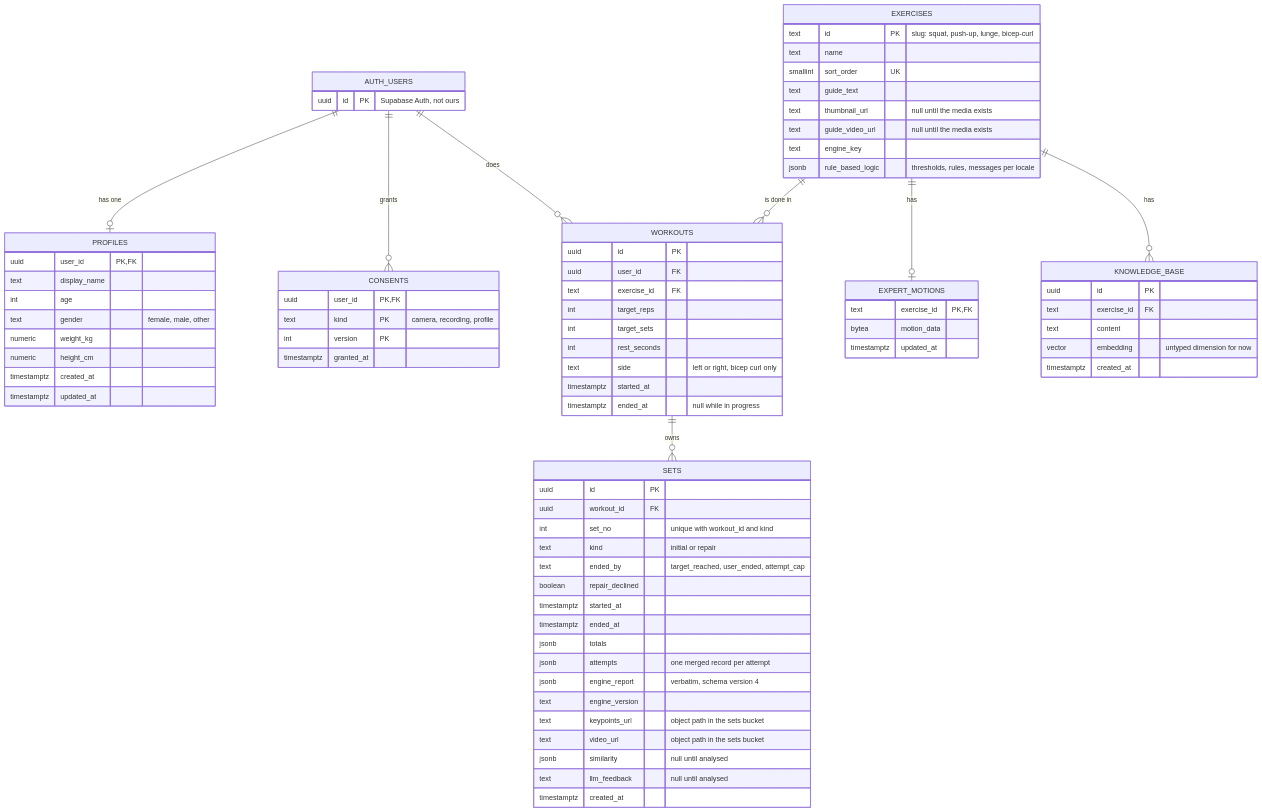
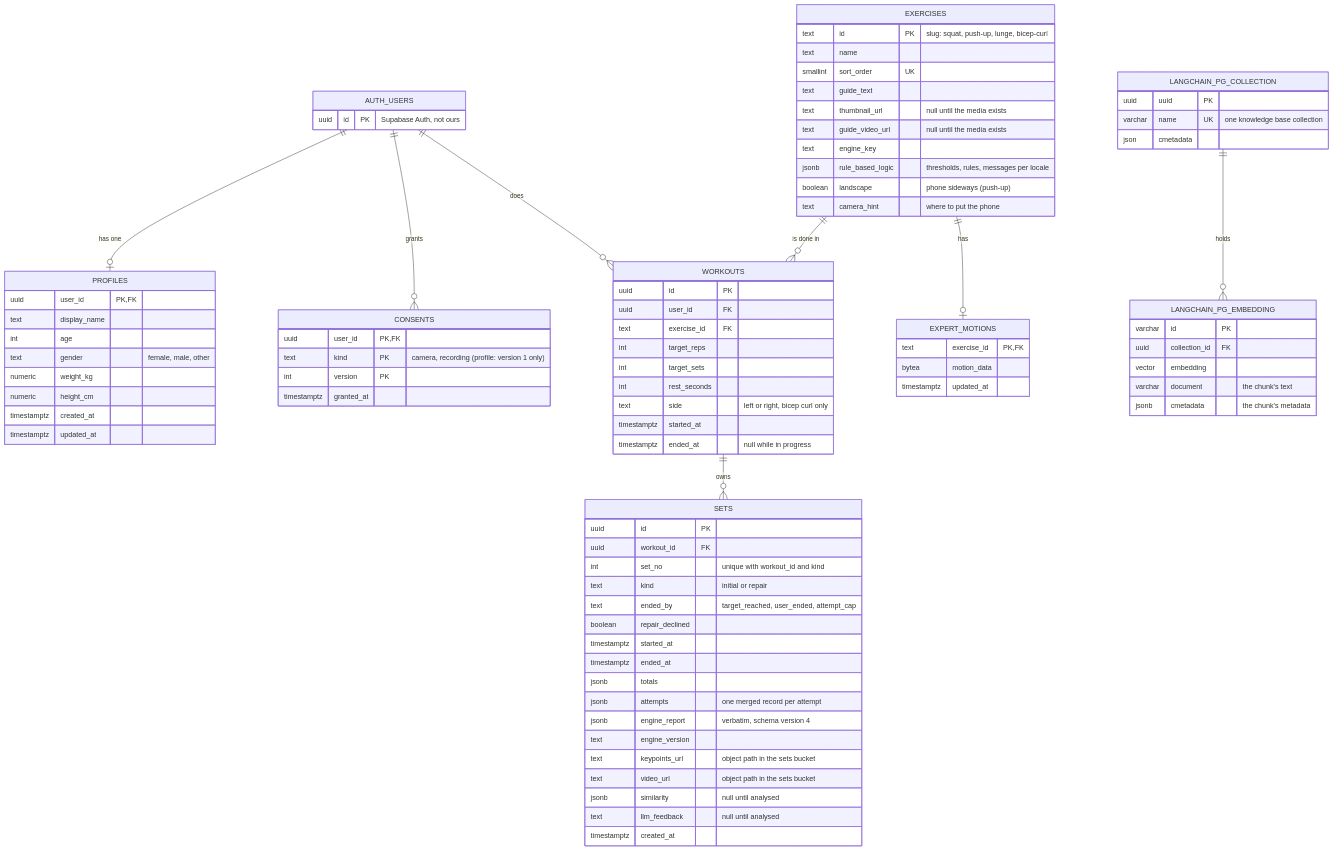
One commit to VernKavee/MU-Capstone-Application changed the diagram in docs/erd.md. Above: the diagram before and after it, drawn with Mermaid. The commit also changed other lines of this file, not shown here.

Commit message:
docs(erd): the LangChain knowledge base tables, not the unused knowledge_base
The diagram showed public.knowledge_base, which was never used after the 2026-10-25
decision to keep langchain_postgres's own tables. It now shows langchain_pg_collection
and langchain_pg_embedding, and the note says knowledge_base is empty and left out.
Also brings exercises up to date (landscape, camera_hint) and marks the profile consent
as version 1 only.

````diff
--- a/docs/erd.md
+++ b/docs/erd.md
@@ -10,7 +10,7 @@
   EXERCISES ||--o{ WORKOUTS : "is done in"
   WORKOUTS ||--o{ SETS : "owns"
   EXERCISES ||--o| EXPERT_MOTIONS : "has"
-  EXERCISES ||--o{ KNOWLEDGE_BASE : "has"
+  LANGCHAIN_PG_COLLECTION ||--o{ LANGCHAIN_PG_EMBEDDING : "holds"
 
   AUTH_USERS {
     uuid id PK "Supabase Auth, not ours"
@@ -29,7 +29,7 @@
 
   CONSENTS {
     uuid user_id PK, FK
-    text kind PK "camera, recording, profile"
+    text kind PK "camera, recording (profile: version 1 only)"
     int version PK
     timestamptz granted_at
   }
@@ -43,6 +43,8 @@
     text guide_video_url "null until the media exists"
     text engine_key
     jsonb rule_based_logic "thresholds, rules, messages per locale"
+    boolean landscape "phone sideways (push-up)"
+    text camera_hint "where to put the phone"
   }
 
   WORKOUTS {
@@ -83,11 +85,17 @@
     timestamptz updated_at
   }
 
-  KNOWLEDGE_BASE {
-    uuid id PK
-    text exercise_id FK
-    text content
-    vector embedding "untyped dimension for now"
-    timestamptz created_at
+  LANGCHAIN_PG_COLLECTION {
+    uuid uuid PK
+    varchar name UK "one knowledge base collection"
+    json cmetadata
+  }
+
+  LANGCHAIN_PG_EMBEDDING {
+    varchar id PK
+    uuid collection_id FK
+    vector embedding
+    varchar document "the chunk's text"
+    jsonb cmetadata "the chunk's metadata"
   }
 ```
````
